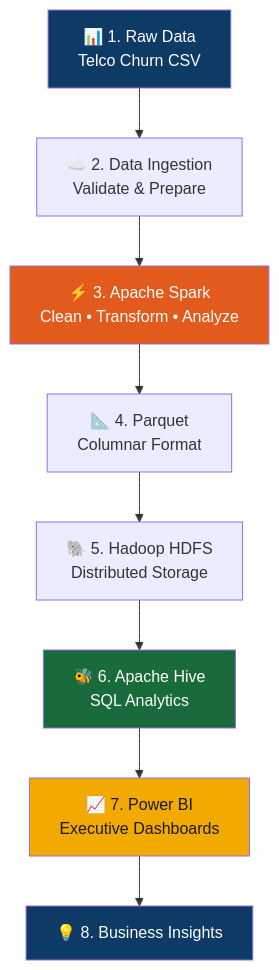
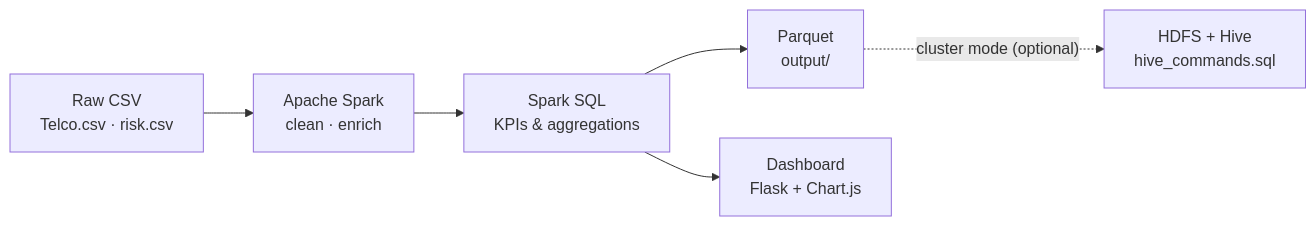
One commit to Ramnagendra2005/bda-cbp changed the diagram in README.md. Above: the diagram before and after it, drawn with Mermaid. The commit also changed other lines of this file and 18 other files, not shown here.

````diff
--- a/README.md
+++ b/README.md
@@ -11,16 +12,8 @@
 ```mermaid
-flowchart TD
-    A["📊 1. Raw Data<br/>Telco Churn CSV"] --> B["☁️ 2. Data Ingestion<br/>Validate & Prepare"]
-    B --> C["⚡ 3. Apache Spark<br/>Clean • Transform • Analyze"]
-    C --> D["📐 4. Parquet<br/>Columnar Format"]
-    D --> E["🐘 5. Hadoop HDFS<br/>Distributed Storage"]
-    E --> F["🐝 6. Apache Hive<br/>SQL Analytics"]
-    F --> G["📈 7. Power BI<br/>Executive Dashboards"]
-    G --> H["💡 8. Business Insights"]
-
-    style A fill:#0d3b66,color:#fff
-    style C fill:#e25a1c,color:#fff
-    style F fill:#1a6b3c,color:#fff
-    style G fill:#f2a900,color:#1a1a1a
-    style H fill:#0d3b66,color:#fff
+flowchart LR
+    A["Raw CSV<br/>Telco.csv · risk.csv"] --> B["Apache Spark<br/>clean · enrich"]
+    B --> C["Spark SQL<br/>KPIs & aggregations"]
+    C --> D["Parquet<br/>output/"]
+    C --> E["Dashboard<br/>Flask + Chart.js"]
+    D -. "cluster mode (optional)" .-> F["HDFS + Hive<br/>hive_commands.sql"]
 ```
````
